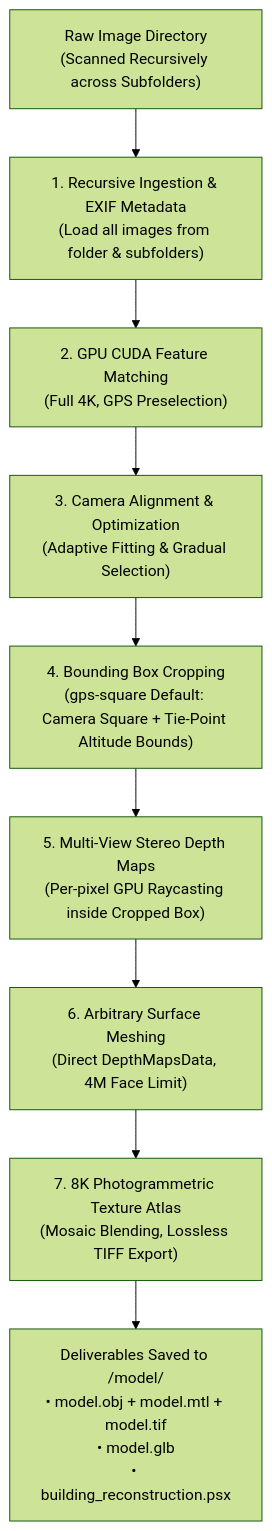
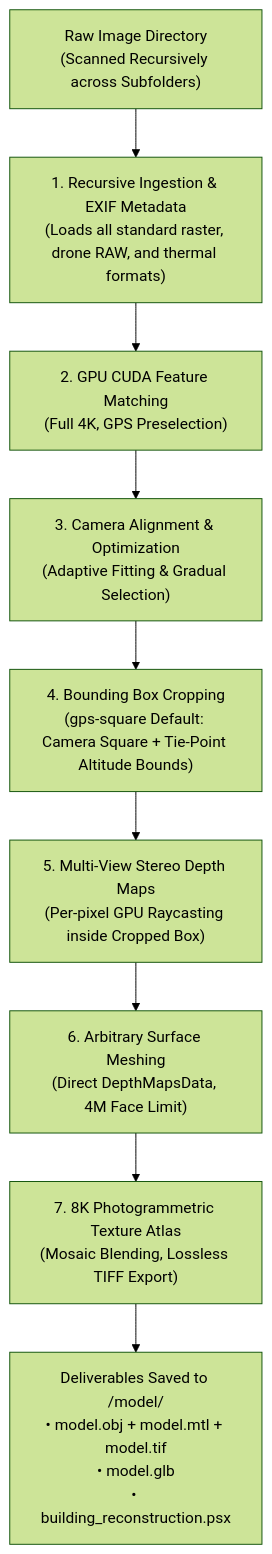
The diagram in skills/user/image-to-3d-model/SKILL.md (ngviettam82/AutoMetashape), drawn with Mermaid (forest theme) before and after one commit. The commit also changed other lines of this file and 1 other file, not shown here.

Commit message:
feat: Expand supported image formats to all native Metashape formats

````diff
--- a/skills/user/image-to-3d-model/SKILL.md
+++ b/skills/user/image-to-3d-model/SKILL.md
@@ -34,11 +35,11 @@
 ```mermaid
 flowchart TD
-    A["Raw Image Directory<br/>(Scanned Recursively across Subfolders)"] --> B["1. Recursive Ingestion & EXIF Metadata<br/>(Load all images from folder & subfolders)"]
+    A["Raw Image Directory<br/>(Scanned Recursively across Subfolders)"] --> B["1. Recursive Ingestion & EXIF Metadata<br/>(Loads all standard raster, drone RAW, and thermal formats)"]
     B --> C["2. GPU CUDA Feature Matching<br/>(Full 4K, GPS Preselection)"]
     C --> D["3. Camera Alignment & Optimization<br/>(Adaptive Fitting & Gradual Selection)"]
     D --> E["4. Bounding Box Cropping<br/>(gps-square Default: Camera Square + Tie-Point Altitude Bounds)"]
     E --> F["5. Multi-View Stereo Depth Maps<br/>(Per-pixel GPU Raycasting inside Cropped Box)"]
     F --> G["6. Arbitrary Surface Meshing<br/>(Direct DepthMapsData, 4M Face Limit)"]
     G --> H["7. 8K Photogrammetric Texture Atlas<br/>(Mosaic Blending, Lossless TIFF Export)"]
     H --> I["Deliverables Saved to <images_dir>/model/<br/>• model.obj + model.mtl + model.tif<br/>• model.glb<br/>• building_reconstruction.psx"]
 ```
````
